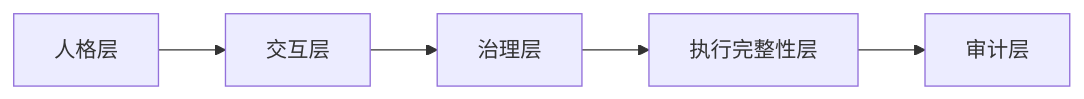
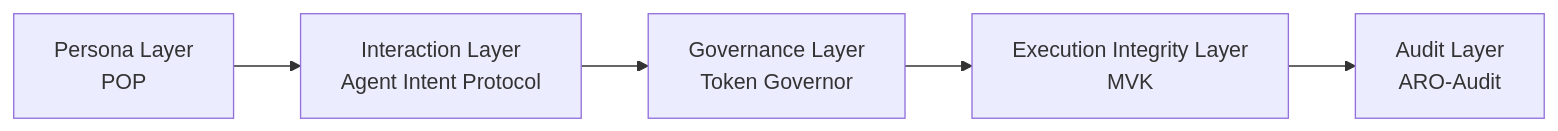
The diagram in README.zh-CN.md (joy7758/joy7758), drawn with Mermaid before and after one commit. The commit also changed other lines of this file and 3 other files, not shown here.

````diff
--- a/README.zh-CN.md
+++ b/README.zh-CN.md
@@ -86,7 +69,7 @@
 ```mermaid
 flowchart LR
-    Persona["人格层"] --> Interaction["交互层"]
-    Interaction --> Governance["治理层"]
-    Governance --> Execution["执行完整性层"]
-    Execution --> Audit["审计层"]
+    Persona["Persona Layer<br>POP"] --> Interaction["Interaction Layer<br>Agent Intent Protocol"]
+    Interaction --> Governance["Governance Layer<br>Token Governor"]
+    Governance --> Execution["Execution Integrity Layer<br>MVK"]
+    Execution --> Audit["Audit Layer<br>ARO-Audit"]
 ```
````
